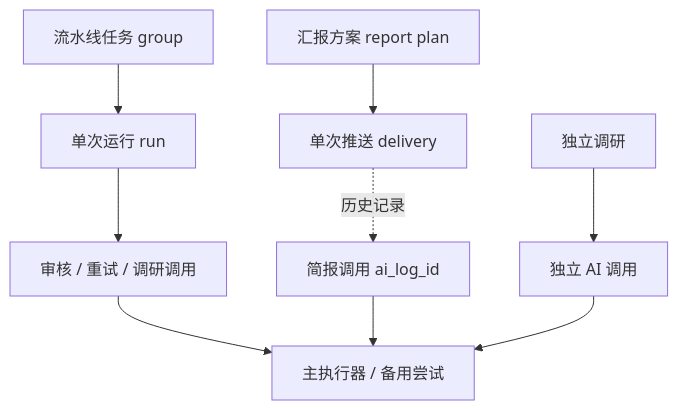
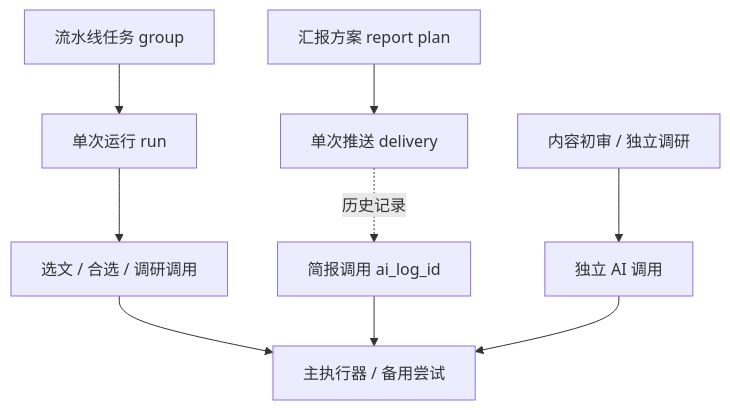
Before and after one commit to decent-yu/openlore: the diagram in docs/product/feature/07-run-records.md, drawn with Mermaid. The commit also changed other lines of this file and 9 other files, not shown here.

````diff
--- a/docs/product/feature/07-run-records.md
+++ b/docs/product/feature/07-run-records.md
@@ -27,11 +35,11 @@
 ```mermaid
 flowchart TD
   G[流水线任务 group] --> R[单次运行 run]
-  R --> C[审核 / 重试 / 调研调用]
+  R --> C[选文 / 合选 / 调研调用]
   P[汇报方案 report plan] --> D[单次推送 delivery]
   D -. 历史记录 .-> S[简报调用 ai_log_id]
-  I[独立调研] --> IC[独立 AI 调用]
+  I[内容初审 / 独立调研] --> IC[独立 AI 调用]
   C --> A[主执行器 / 备用尝试]
   S --> A
   IC --> A
 ```
````
